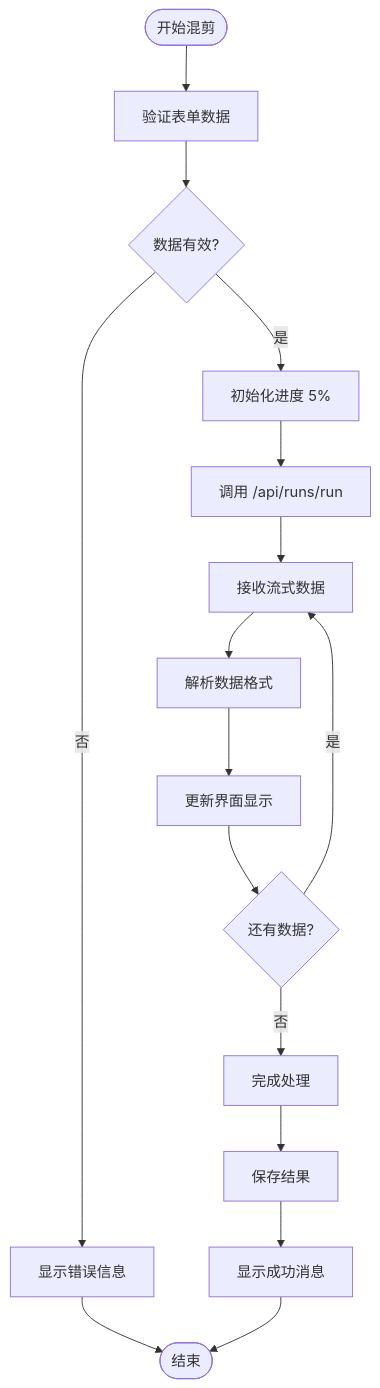
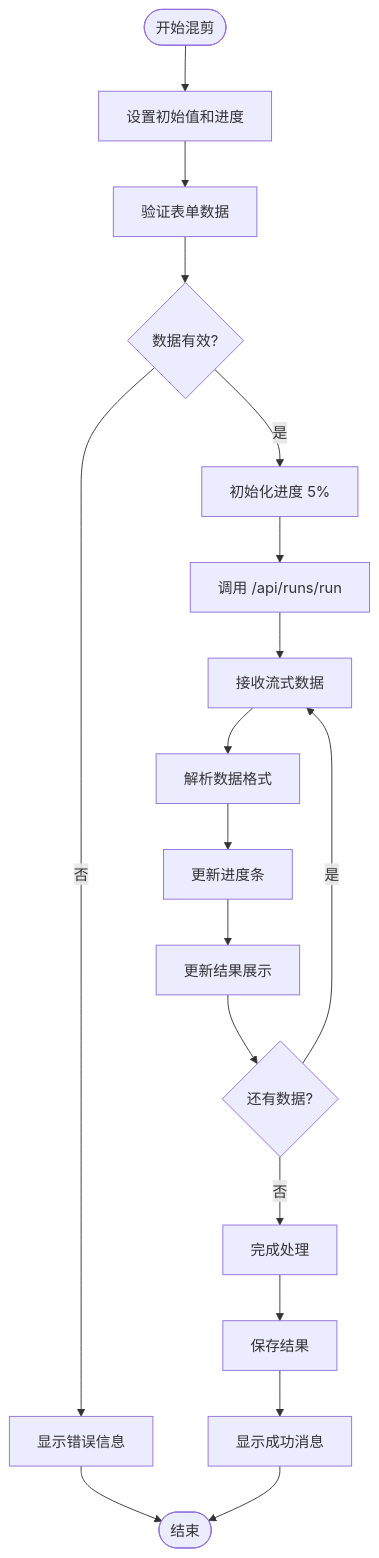
Before and after one commit to hanksd769-droid/sailshub: the fifth of 11 diagrams in .qoder/repowiki/zh/content/前端组件架构/页面组件/混剪功能页面.md, drawn with Mermaid. The commit also changed other lines of this file and 3 other files, not shown here.

````diff
--- a/.qoder/repowiki/zh/content/前端组件架构/页面组件/混剪功能页面.md
+++ b/.qoder/repowiki/zh/content/前端组件架构/页面组件/混剪功能页面.md
@@ -228,18 +263,20 @@
 ```mermaid
 flowchart TD
-Start([开始混剪]) --> Validate[验证表单数据]
+Start([开始混剪]) --> SetInitial[设置初始值和进度]
+SetInitial --> Validate[验证表单数据]
 Validate --> Valid{数据有效?}
 Valid --> |否| ShowError[显示错误信息]
 Valid --> |是| InitProgress[初始化进度 5%]
 InitProgress --> CallAPI[调用 /api/runs/run]
 CallAPI --> StreamData[接收流式数据]
 StreamData --> ParseData[解析数据格式]
-ParseData --> UpdateUI[更新界面显示]
-UpdateUI --> MoreData{还有数据?}
+ParseData --> UpdateProgress[更新进度条]
+UpdateProgress --> UpdateResult[更新结果展示]
+UpdateResult --> MoreData{还有数据?}
 MoreData --> |是| StreamData
 MoreData --> |否| Complete[完成处理]
 Complete --> SaveResult[保存结果]
 SaveResult --> ShowSuccess[显示成功消息]
 ShowError --> End([结束])
 ShowSuccess --> End
 ```
````
